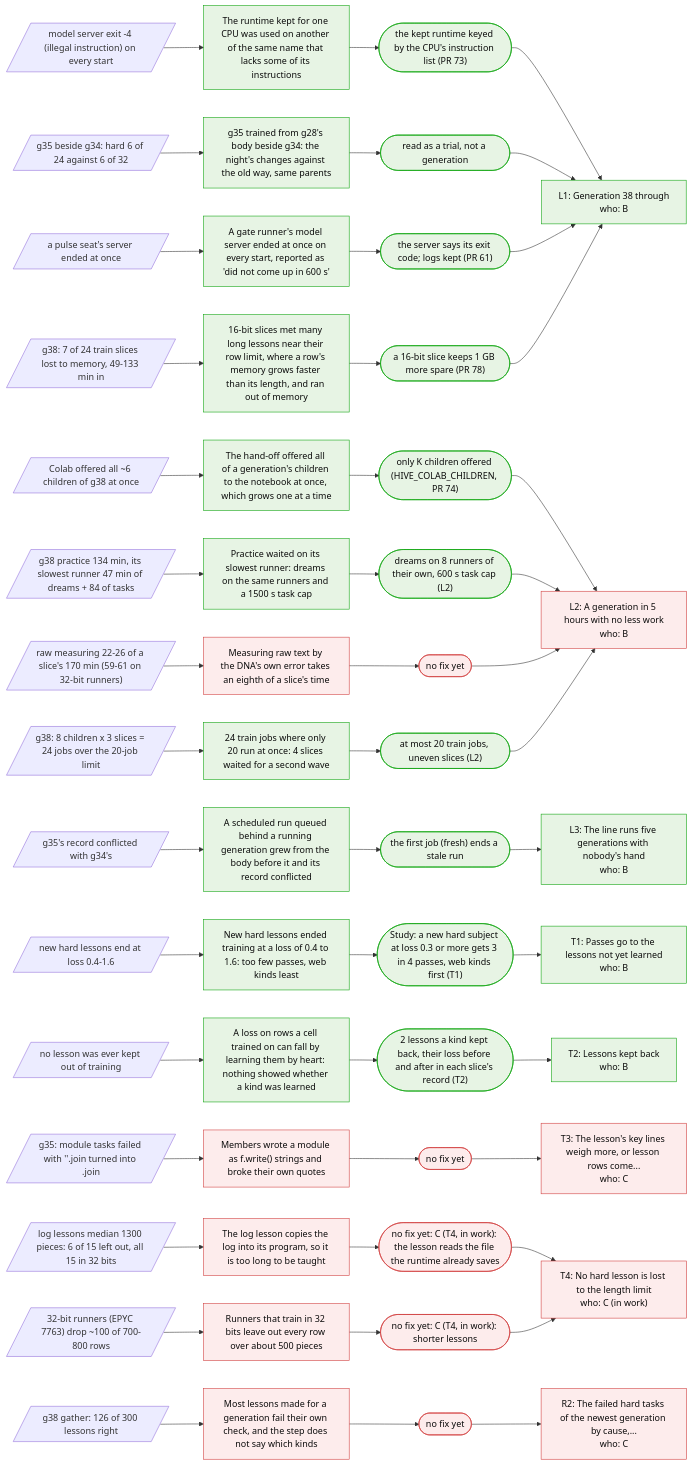
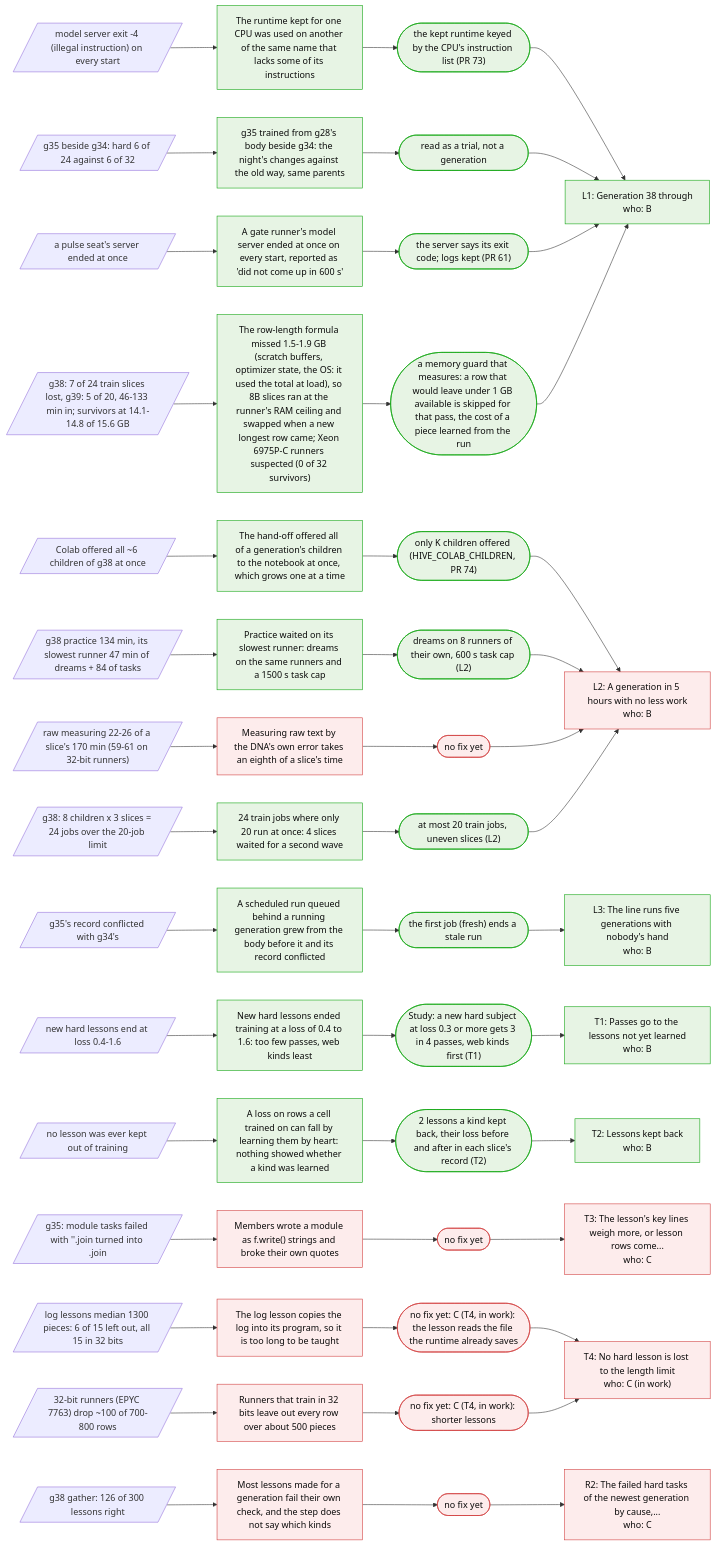
The third of 4 diagrams in docs/KNOWLEDGE.md (Arnav123-s/HiveMIND), drawn with Mermaid before and after one commit. The commit also changed other lines of this file and 5 other files, not shown here.

First line of the commit message:
A memory guard that measures: a training row that would not fit is skipped

````diff
--- a/docs/KNOWLEDGE.md
+++ b/docs/KNOWLEDGE.md
@@ -87,73 +87,73 @@
 ```mermaid
 flowchart LR
   pc_L1["L1: Generation 38 through<br/>who: B"]:::fixed
   pc_L2["L2: A generation in 5 hours with no less work<br/>who: B"]:::open
   pc_L3["L3: The line runs five generations with nobody's hand<br/>who: B"]:::fixed
   pc_T1["T1: Passes go to the lessons not yet learned<br/>who: B"]:::fixed
   pc_T2["T2: Lessons kept back<br/>who: B"]:::fixed
   pc_T3["T3: The lesson's key lines weigh more, or lesson rows come...<br/>who: C"]:::open
   pc_T4["T4: No hard lesson is lost to the length limit<br/>who: C (in work)"]:::open
   pc_R2["R2: The failed hard tasks of the newest generation by cause,...<br/>who: C"]:::open
   s_cpuflags[/"model server exit -4 (illegal instruction) on every start"/]
   c_cpuflags["The runtime kept for one CPU was used on another of the same name that lacks some of its instructions"]:::fixed
   x_cpuflags(["the kept runtime keyed by the CPU's instruction list (PR 73)"]):::fixed
   s_cpuflags --> c_cpuflags --> x_cpuflags --> pc_L1
   s_g35sibling[/"g35 beside g34: hard 6 of 24 against 6 of 32"/]
   c_g35sibling["g35 trained from g28's body beside g34: the night's changes against the old way, same parents"]:::fixed
   x_g35sibling(["read as a trial, not a generation"]):::fixed
   s_g35sibling --> c_g35sibling --> x_g35sibling --> pc_L1
   s_serverdeath[/"a pulse seat's server ended at once"/]
   c_serverdeath["A gate runner's model server ended at once on every start, reported as 'did not come up in 600 s'"]:::fixed
   x_serverdeath(["the server says its exit code; logs kept (PR 61)"]):::fixed
   s_serverdeath --> c_serverdeath --> x_serverdeath --> pc_L1
-  s_slicememory[/"g38: 7 of 24 train slices lost to memory, 49-133 min in"/]
-  c_slicememory["16-bit slices met many long lessons near their row limit, where a row's memory grows faster than its length, and ran out of memory"]:::fixed
-  x_slicememory(["a 16-bit slice keeps 1 GB more spare (PR 78)"]):::fixed
+  s_slicememory[/"g38: 7 of 24 train slices lost, g39: 5 of 20, 46-133 min in; survivors at 14.1-14.8 of 15.6 GB"/]
+  c_slicememory["The row-length formula missed 1.5-1.9 GB (scratch buffers, optimizer state, the OS: it used the total at load), so 8B slices ran at the runner's RAM ceiling and swapped when a new longest row came; Xeon 6975P-C runners suspected (0 of 32 survivors)"]:::fixed
+  x_slicememory(["a memory guard that measures: a row that would leave under 1 GB available is skipped for that pass, the cost of a piece learned from the run"]):::fixed
   s_slicememory --> c_slicememory --> x_slicememory --> pc_L1
   s_colaball[/"Colab offered all ~6 children of g38 at once"/]
   c_colaball["The hand-off offered all of a generation's children to the notebook at once, which grows one at a time"]:::fixed
   x_colaball(["only K children offered (HIVE_COLAB_CHILDREN, PR 74)"]):::fixed
   s_colaball --> c_colaball --> x_colaball --> pc_L2
   s_practicetail[/"g38 practice 134 min, its slowest runner 47 min of dreams + 84 of tasks"/]
   c_practicetail["Practice waited on its slowest runner: dreams on the same runners and a 1500 s task cap"]:::fixed
   x_practicetail(["dreams on 8 runners of their own, 600 s task cap (L2)"]):::fixed
   s_practicetail --> c_practicetail --> x_practicetail --> pc_L2
   s_rawmeasure[/"raw measuring 22-26 of a slice's 170 min (59-61 on 32-bit runners)"/]
   c_rawmeasure["Measuring raw text by the DNA's own error takes an eighth of a slice's time"]:::open
   x_rawmeasure(["no fix yet"]):::open
   s_rawmeasure --> c_rawmeasure --> x_rawmeasure --> pc_L2
   s_twowaves[/"g38: 8 children x 3 slices = 24 jobs over the 20-job limit"/]
   c_twowaves["24 train jobs where only 20 run at once: 4 slices waited for a second wave"]:::fixed
   x_twowaves(["at most 20 train jobs, uneven slices (L2)"]):::fixed
   s_twowaves --> c_twowaves --> x_twowaves --> pc_L2
   s_stalebody[/"g35's record conflicted with g34's"/]
   c_stalebody["A scheduled run queued behind a running generation grew from the body before it and its record conflicted"]:::fixed
   x_stalebody(["the first job (fresh) ends a stale run"]):::fixed
   s_stalebody --> c_stalebody --> x_stalebody --> pc_L3
   s_fewpasses[/"new hard lessons end at loss 0.4-1.6"/]
   c_fewpasses["New hard lessons ended training at a loss of 0.4 to 1.6: too few passes, web kinds least"]:::fixed
   x_fewpasses(["Study: a new hard subject at loss 0.3 or more gets 3 in 4 passes, web kinds first (T1)"]):::fixed
   s_fewpasses --> c_fewpasses --> x_fewpasses --> pc_T1
   s_keptback[/"no lesson was ever kept out of training"/]
   c_keptback["A loss on rows a cell trained on can fall by learning them by heart: nothing showed whether a kind was learned"]:::fixed
   x_keptback(["2 lessons a kind kept back, their loss before and after in each slice's record (T2)"]):::fixed
   s_keptback --> c_keptback --> x_keptback --> pc_T2
   s_modulestring[/"g35: module tasks failed with ''.join turned into .join"/]
   c_modulestring["Members wrote a module as f.write() strings and broke their own quotes"]:::open
   x_modulestring(["no fix yet"]):::open
   s_modulestring --> c_modulestring --> x_modulestring --> pc_T3
   s_loglesson[/"log lessons median 1300 pieces: 6 of 15 left out, all 15 in 32 bits"/]
   c_loglesson["The log lesson copies the log into its program, so it is too long to be taught"]:::open
   x_loglesson(["no fix yet: C (T4, in work): the lesson reads the file the runtime already saves"]):::open
   s_loglesson --> c_loglesson --> x_loglesson --> pc_T4
   s_rows32[/"32-bit runners (EPYC 7763) drop ~100 of 700-800 rows"/]
   c_rows32["Runners that train in 32 bits leave out every row over about 500 pieces"]:::open
   x_rows32(["no fix yet: C (T4, in work): shorter lessons"]):::open
   s_rows32 --> c_rows32 --> x_rows32 --> pc_T4
   s_lessonswrong[/"g38 gather: 126 of 300 lessons right"/]
   c_lessonswrong["Most lessons made for a generation fail their own check, and the step does not say which kinds"]:::open
   x_lessonswrong(["no fix yet"]):::open
   s_lessonswrong --> c_lessonswrong --> x_lessonswrong --> pc_R2
   classDef fixed fill:#e7f4e4,stroke:#0ca30c,color:#0b0b0b
   classDef open fill:#fdecec,stroke:#d03b3b,color:#0b0b0b
 ```
````
